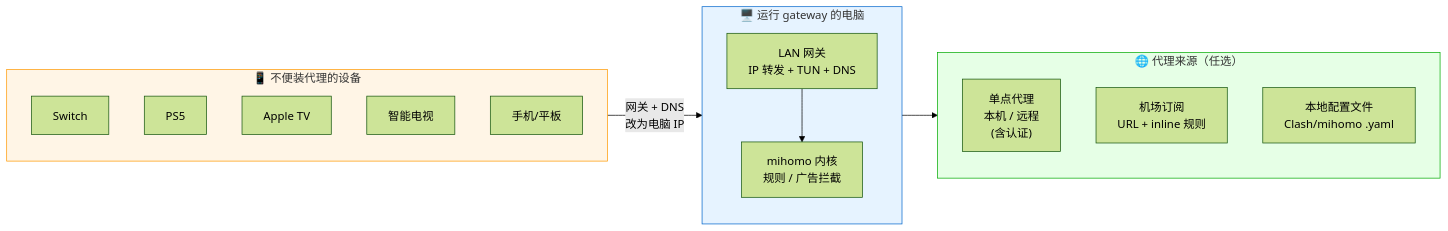
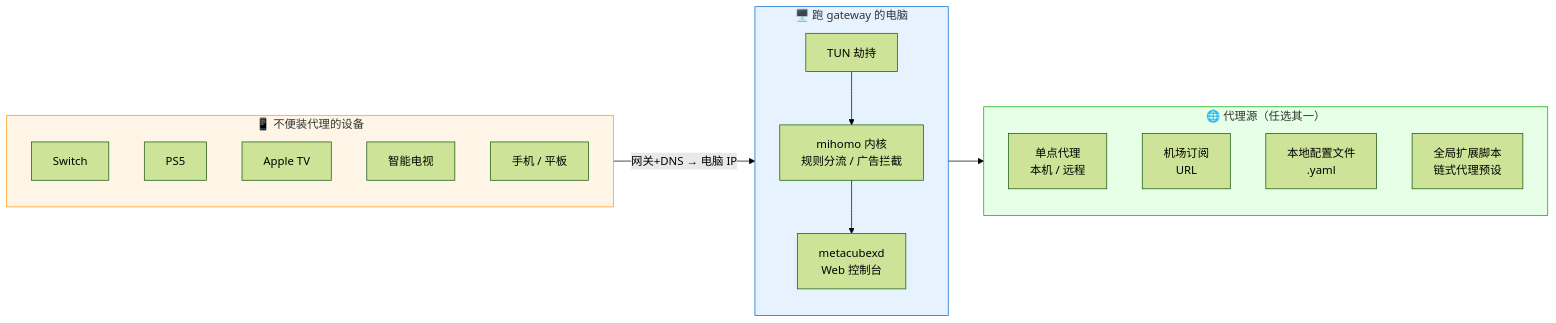
The first of 2 diagrams in README.md (achieve-jsy/lan-proxy-gateway), drawn with Mermaid (forest theme) before and after one commit. The commit also changed other lines of this file and 2 other files, not shown here.

````diff
--- a/README.md
+++ b/README.md
@@ -44,30 +57,33 @@
 ```mermaid
 flowchart LR
     subgraph Devices["📱 不便装代理的设备"]
         S[Switch]
         P[PS5]
         T[Apple TV]
         TV[智能电视]
-        M[手机/平板]
+        M[手机 / 平板]
     end
 
-    subgraph Host["🖥️ 运行 gateway 的电脑"]
+    subgraph Host["🖥️ 跑 gateway 的电脑"]
         direction TB
-        GW["LAN 网关<br/>IP 转发 + TUN + DNS"]
-        MH["mihomo 内核<br/>规则 / 广告拦截"]
-        GW --> MH
+        TUN[TUN 劫持]
+        MH[mihomo 内核<br/>规则分流 / 广告拦截]
+        UI[metacubexd<br/>Web 控制台]
+        TUN --> MH
+        MH --> UI
     end
 
-    subgraph Sources["🌐 代理来源（任选）"]
-        E["单点代理<br/>本机 / 远程<br/>(含认证)"]
-        SUB["机场订阅<br/>URL + inline 规则"]
-        F["本地配置文件<br/>Clash/mihomo .yaml"]
+    subgraph Sources["🌐 代理源（任选其一）"]
+        E1[单点代理<br/>本机 / 远程]
+        SUB[机场订阅<br/>URL]
+        F[本地配置文件<br/>.yaml]
+        SCR[全局扩展脚本<br/>链式代理预设]
     end
 
-    Devices -- "网关 + DNS<br/>改为电脑 IP" --> Host
+    Devices -- "网关+DNS → 电脑 IP" --> Host
     Host --> Sources
 
     style Devices fill:#fff5e6,stroke:#ff9900
     style Host fill:#e6f3ff,stroke:#0066cc
     style Sources fill:#e6ffe6,stroke:#00aa00
 ```
````
